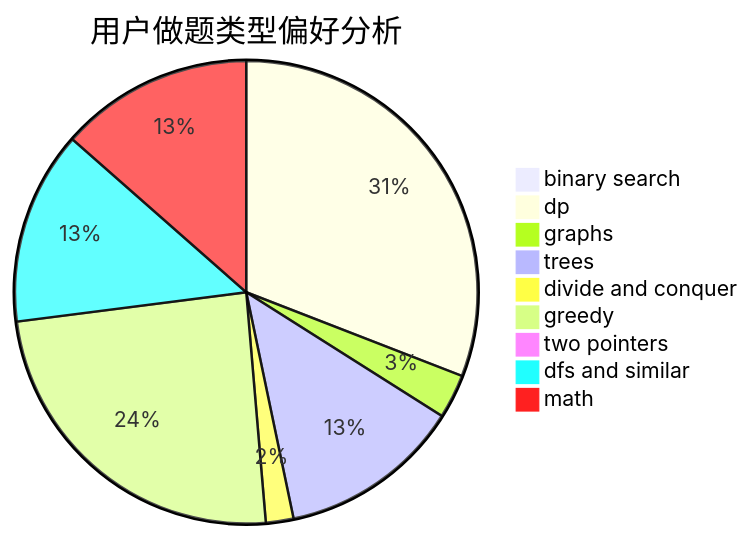
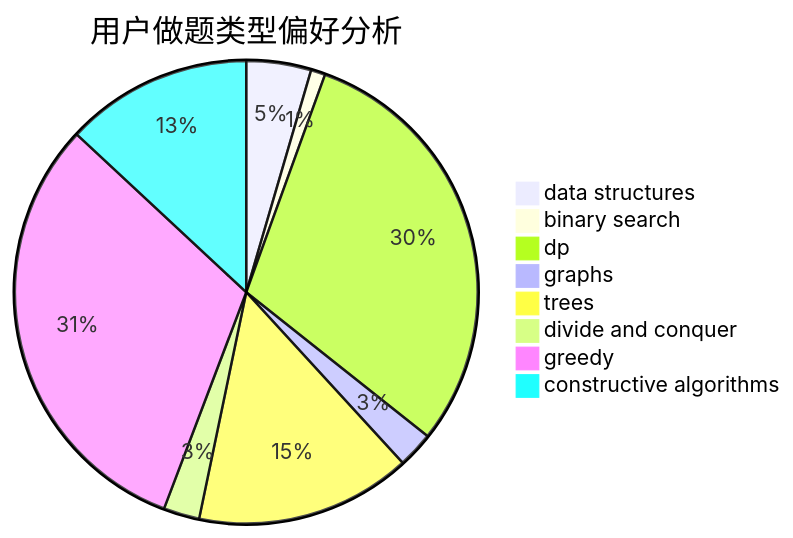
One commit to sherpahu/cfrs.github.io changed the second of 3 diagrams in docs/user/u24.md. Above: the diagram before and after it, drawn with Mermaid. The commit also changed other lines of this file and 2775 other files, not shown here.

````diff
--- a/docs/user/u24.md
+++ b/docs/user/u24.md
@@ -23,12 +23,11 @@
 ```mermaid
 pie title 用户做题类型偏好分析
+    "data structures" :  9
     "binary search" :  2
-    "dp" :  80
-    "graphs" :  8
-    "trees" :  33
+    "dp" :  60
+    "graphs" :  5
+    "trees" :  30
     "divide and conquer" :  5
-    "greedy" :  63
-    "two pointers" :  0
-    "dfs and similar" :  35
-    "math" :  35
+    "greedy" :  62
+    "constructive algorithms" :  26
 ```
````
